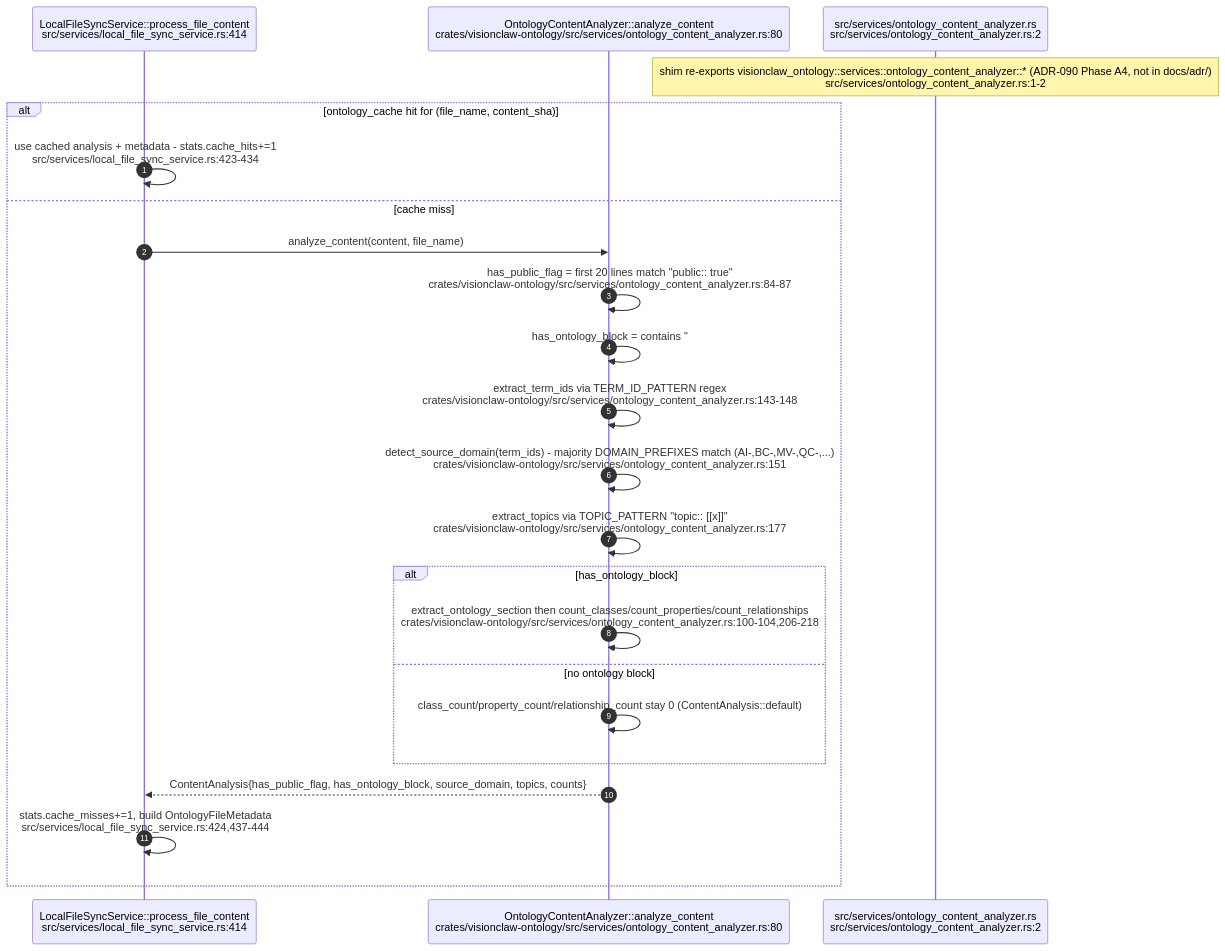
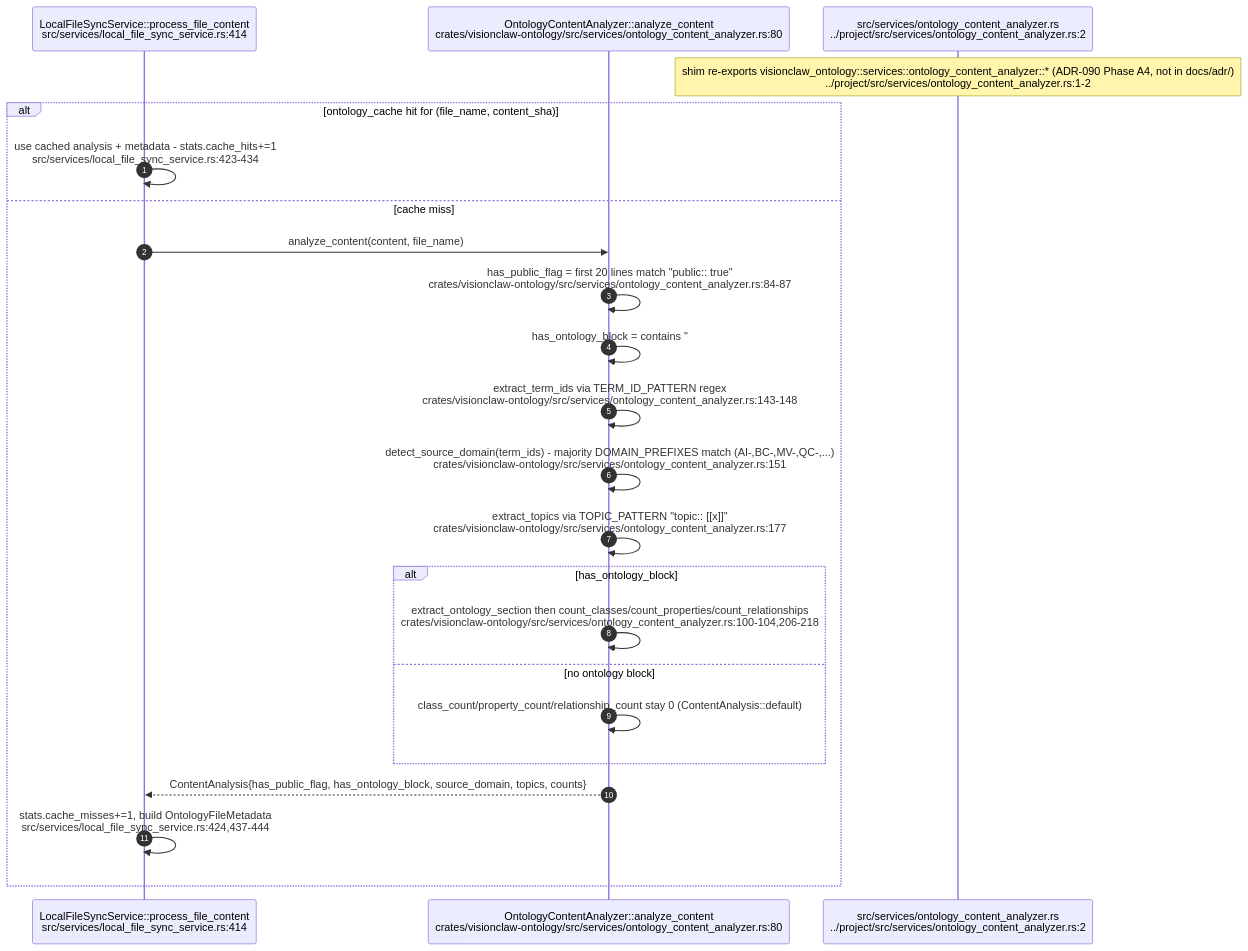
Diagram 11 of 13 in docs/diagrams/visionclaw/25-insight-kpi-nlq-semantics.md (DreamLab-AI/VisionFlow), drawn with Mermaid before and after one commit. The commit also changed 185 other files, not shown here.

Commit message:
docs(estate): reconcile diagrams and ADRs with source and define closeout sprint

````diff
--- a/docs/diagrams/visionclaw/25-insight-kpi-nlq-semantics.md
+++ b/docs/diagrams/visionclaw/25-insight-kpi-nlq-semantics.md
@@ -449,26 +449,26 @@
 ```mermaid
 sequenceDiagram
     autonumber
     participant LFS as LocalFileSyncService::process_file_content<br/>src/services/local_file_sync_service.rs:414
     participant OCA as OntologyContentAnalyzer::analyze_content<br/>crates/visionclaw-ontology/src/services/ontology_content_analyzer.rs:80
-    participant Shim as src/services/ontology_content_analyzer.rs<br/>src/services/ontology_content_analyzer.rs:2
+    participant Shim as src/services/ontology_content_analyzer.rs<br/>../project/src/services/ontology_content_analyzer.rs:2
 
-    Note over Shim: shim re-exports visionclaw_ontology::services::ontology_content_analyzer::* (ADR-090 Phase A4, not in docs/adr/)<br/>src/services/ontology_content_analyzer.rs:1-2
+    Note over Shim: shim re-exports visionclaw_ontology::services::ontology_content_analyzer::* (ADR-090 Phase A4, not in docs/adr/)<br/>../project/src/services/ontology_content_analyzer.rs:1-2
     alt ontology_cache hit for (file_name, content_sha)
         LFS->>LFS: use cached analysis + metadata - stats.cache_hits+=1<br/>src/services/local_file_sync_service.rs:423-434
     else cache miss
         LFS->>OCA: analyze_content(content, file_name)
         OCA->>OCA: has_public_flag = first 20 lines match "public:: true"<br/>crates/visionclaw-ontology/src/services/ontology_content_analyzer.rs:84-87
         OCA->>OCA: has_ontology_block = contains "### OntologyBlock"<br/>crates/visionclaw-ontology/src/services/ontology_content_analyzer.rs:123-125
         OCA->>OCA: extract_term_ids via TERM_ID_PATTERN regex<br/>crates/visionclaw-ontology/src/services/ontology_content_analyzer.rs:143-148
         OCA->>OCA: detect_source_domain(term_ids) - majority DOMAIN_PREFIXES match (AI-,BC-,MV-,QC-,...)<br/>crates/visionclaw-ontology/src/services/ontology_content_analyzer.rs:151
         OCA->>OCA: extract_topics via TOPIC_PATTERN "topic:: [[x]]"<br/>crates/visionclaw-ontology/src/services/ontology_content_analyzer.rs:177
         alt has_ontology_block
             OCA->>OCA: extract_ontology_section then count_classes/count_properties/count_relationships<br/>crates/visionclaw-ontology/src/services/ontology_content_analyzer.rs:100-104,206-218
         else no ontology block
             OCA->>OCA: class_count/property_count/relationship_count stay 0 (ContentAnalysis::default)
         end
         OCA-->>LFS: ContentAnalysis{has_public_flag, has_ontology_block, source_domain, topics, counts}
         LFS->>LFS: stats.cache_misses+=1, build OntologyFileMetadata<br/>src/services/local_file_sync_service.rs:424,437-444
     end
 ```
````
